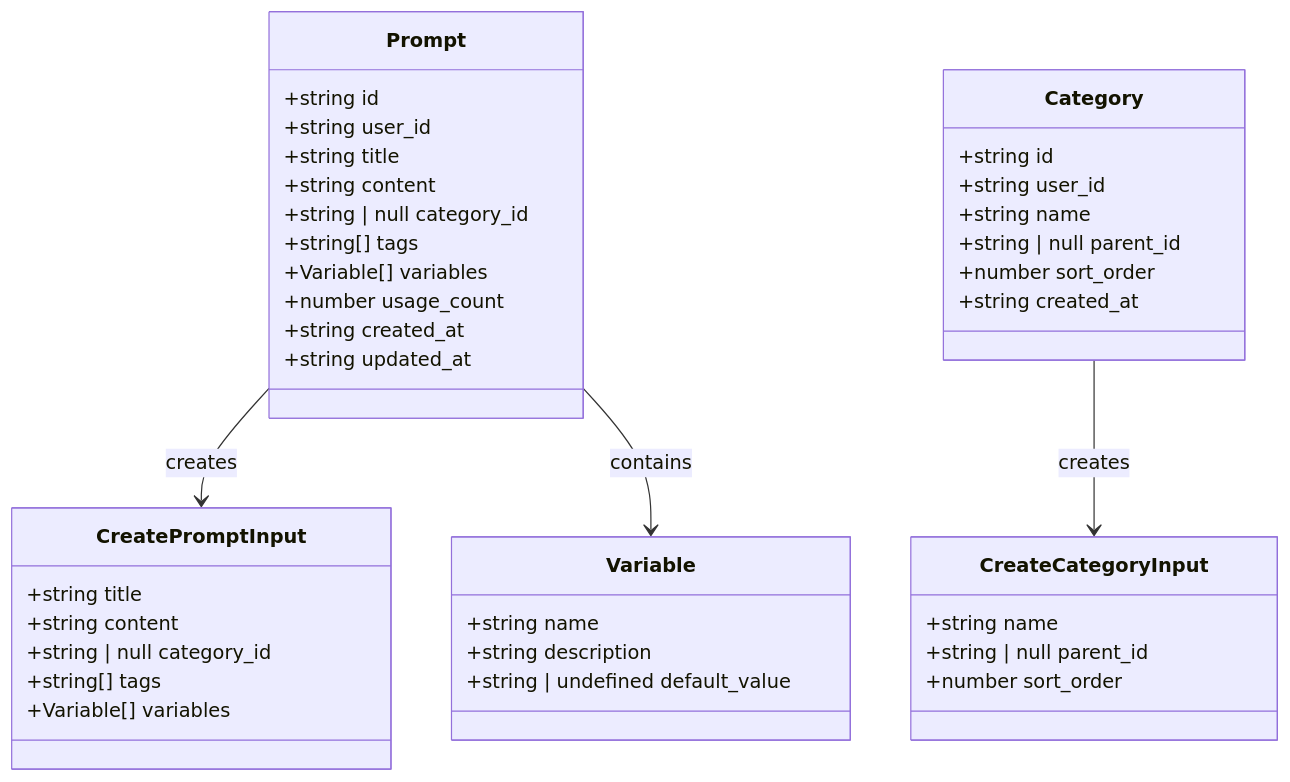
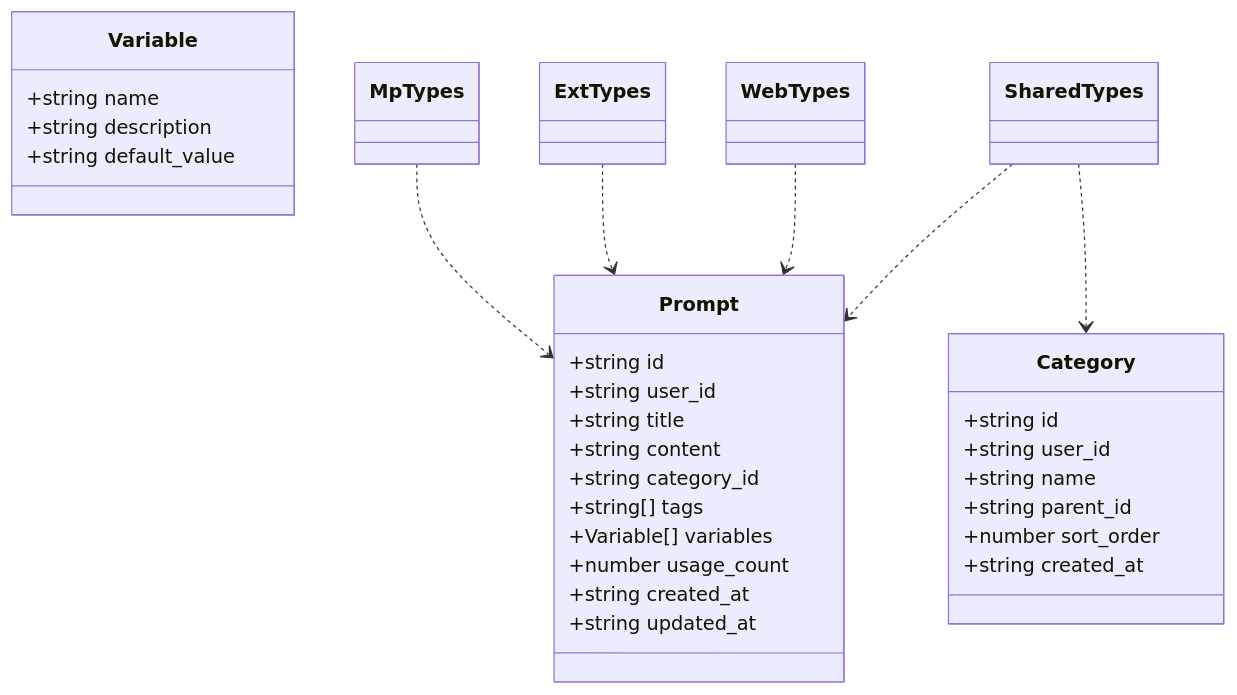
The fifth of 7 diagrams in note/module.mmd (longlong007/PromptsManager), drawn with Mermaid before and after one commit. The commit also changed other lines of this file and 4 other files, not shown here.

Commit message:
doc：修改架构图，模块依赖图，目录树

````diff
--- a/note/module.mmd
+++ b/note/module.mmd
@@ -113,48 +185,41 @@
 ```mermaid
 classDiagram
     class Prompt {
         +string id
         +string user_id
         +string title
         +string content
-        +string | null category_id
+        +string category_id
         +string[] tags
         +Variable[] variables
         +number usage_count
         +string created_at
         +string updated_at
     }
 
     class Category {
         +string id
         +string user_id
         +string name
-        +string | null parent_id
+        +string parent_id
         +number sort_order
         +string created_at
     }
 
     class Variable {
         +string name
         +string description
-        +string | undefined default_value
+        +string default_value
     }
 
-    class CreatePromptInput {
-        +string title
-        +string content
-        +string | null category_id
-        +string[] tags
-        +Variable[] variables
-    }
+    class SharedTypes
+    class WebTypes
+    class ExtTypes
+    class MpTypes
 
-    class CreateCategoryInput {
-        +string name
-        +string | null parent_id
-        +number sort_order
-    }
-
-    Prompt --> CreatePromptInput : creates
-    Category --> CreateCategoryInput : creates
-    Prompt --> Variable : contains
+    SharedTypes ..> Prompt
+    SharedTypes ..> Category
+    WebTypes ..> Prompt
+    ExtTypes ..> Prompt
+    MpTypes ..> Prompt
 ```
````
